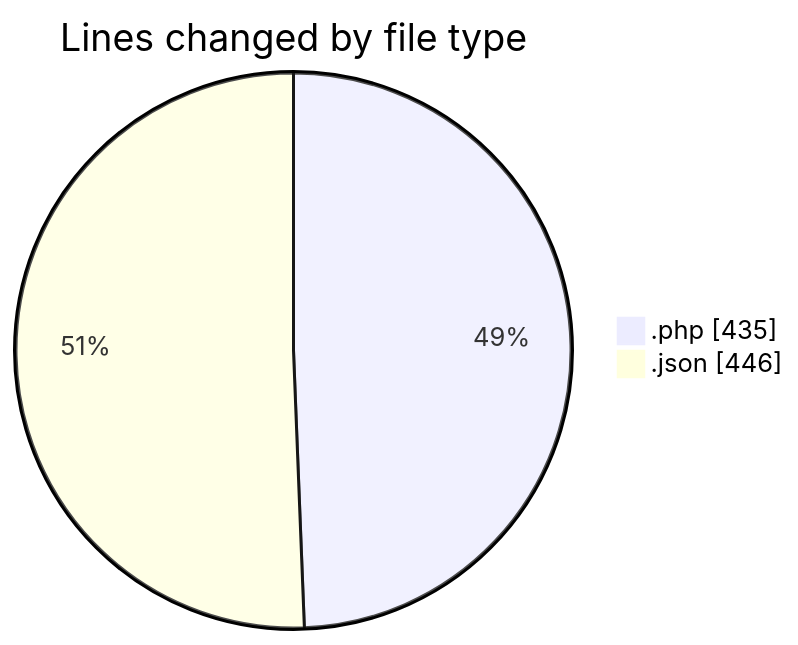
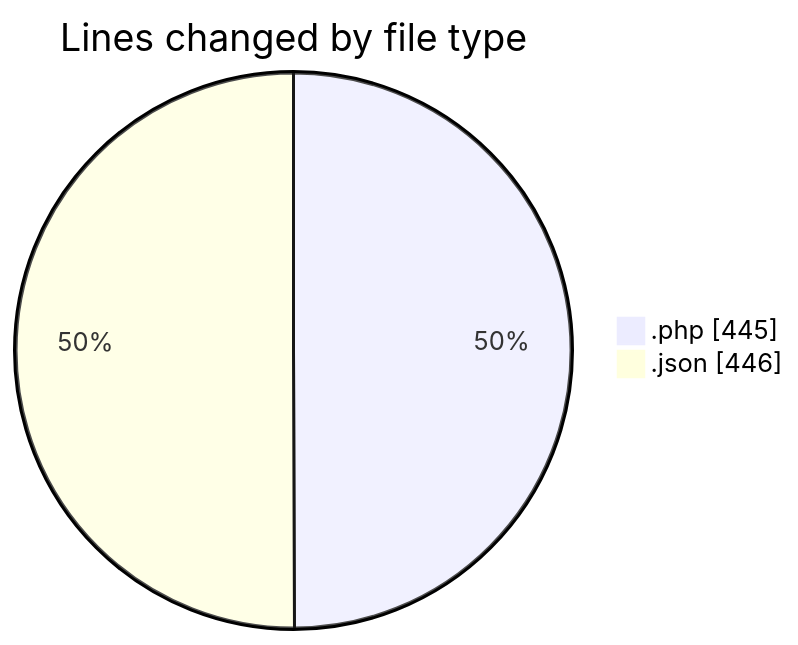
The first of 2 diagrams in 2025-03-27/autodidak/README.md (idhammustaqopulfikri/code-tracking), drawn with Mermaid before and after one commit. The commit also changed other lines of this file and 1 other file, not shown here.

````diff
--- a/2025-03-27/autodidak/README.md
+++ b/2025-03-27/autodidak/README.md
@@ -27,6 +27,6 @@
 ```mermaid
 pie showData
 title Lines changed by file type
-".php" : 435
+".php" : 445
 ".json" : 446
 ```
````
